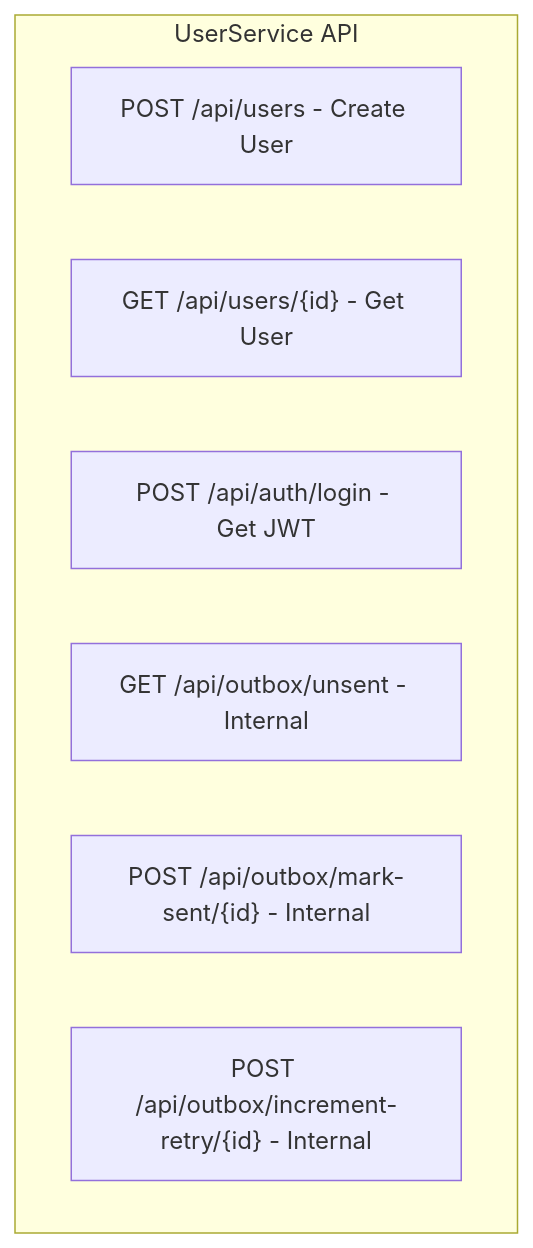
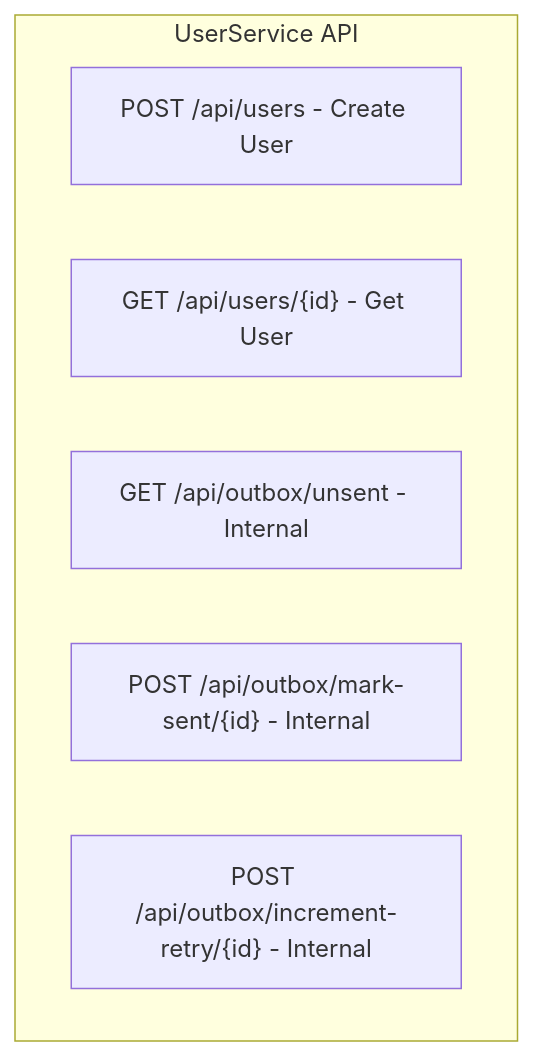
The third of 4 diagrams in README.md (sumonnwe/microservice-ecommerce), drawn with Mermaid before and after one commit. The commit also changed other lines of this file, not shown here.

First line of the commit message:
Enhance flowchart readability in README

````diff
--- a/README.md
+++ b/README.md
@@ -169,12 +169,10 @@
 ```mermaid
 flowchart TB
   subgraph "UserService API"
     U1["POST /api/users - Create User"]
     U2["GET /api/users/{id} - Get User"]
-    A1["POST /api/auth/login - Get JWT"]
     O1["GET /api/outbox/unsent - Internal"]
     O2["POST /api/outbox/mark-sent/{id} - Internal"]
     O3["POST /api/outbox/increment-retry/{id} - Internal"]
   end
-
 ```
````
